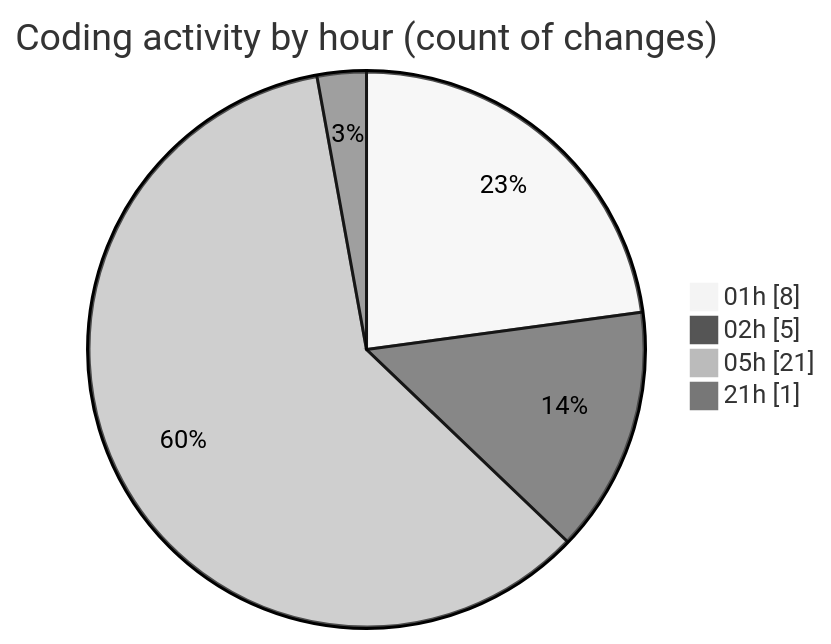
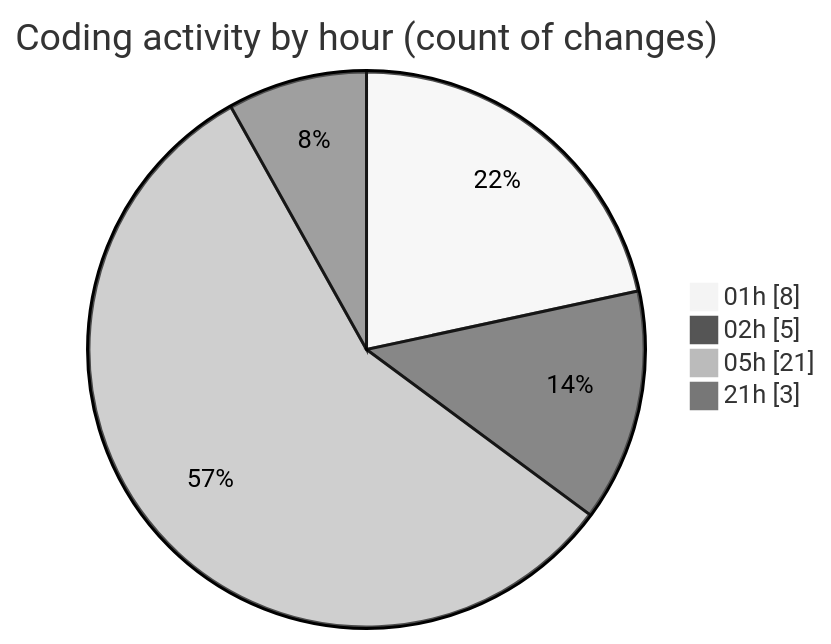
One commit to julien-gomy/code-tracking changed the second of 2 diagrams in 2025-11-21/eventscop-api-guide__workspace_/README.md. Above: the diagram before and after it, drawn with Mermaid (neutral theme). The commit also changed other lines of this file and 1 other file, not shown here.

````diff
--- a/2025-11-21/eventscop-api-guide__workspace_/README.md
+++ b/2025-11-21/eventscop-api-guide__workspace_/README.md
@@ -41,8 +41,8 @@
 ```mermaid
 pie showData
 title Coding activity by hour (count of changes)
 "01h" : 8
 "02h" : 5
 "05h" : 21
-"21h" : 1
+"21h" : 3
 ```
````
